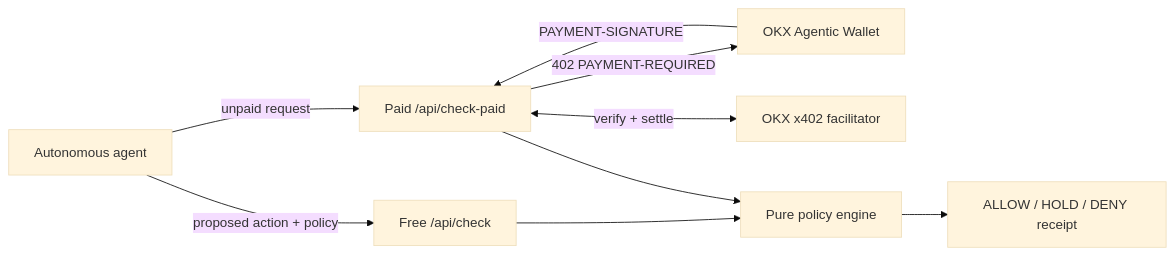
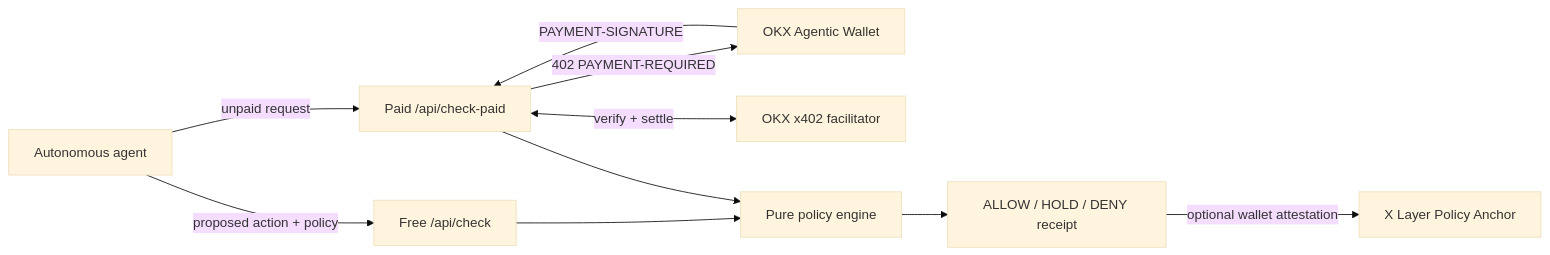
The diagram in ARCHITECTURE.md (FeeeeelixWong/txsentinel-okx), drawn with Mermaid (base theme) before and after one commit. The commit also changed other lines of this file and 16 other files, not shown here.

Commit message:
Add audited X Layer policy receipt anchor

````diff
--- a/ARCHITECTURE.md
+++ b/ARCHITECTURE.md
@@ -5,11 +5,12 @@
 ```mermaid
 flowchart LR
   A["Autonomous agent"] -->|"proposed action + policy"| F["Free /api/check"]
   A -->|"unpaid request"| X["Paid /api/check-paid"]
   X -->|"402 PAYMENT-REQUIRED"| W["OKX Agentic Wallet"]
   W -->|"PAYMENT-SIGNATURE"| X
   X <-->|"verify + settle"| O["OKX x402 facilitator"]
   F --> P["Pure policy engine"]
   X --> P
   P --> R["ALLOW / HOLD / DENY receipt"]
+  R -->|"optional wallet attestation"| C["X Layer Policy Anchor"]
 ```
````
